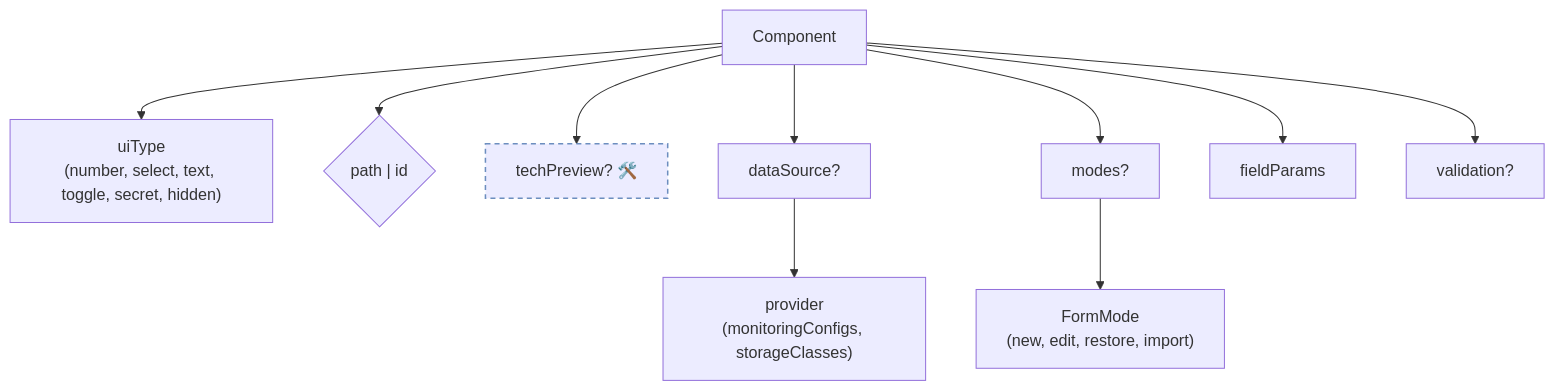
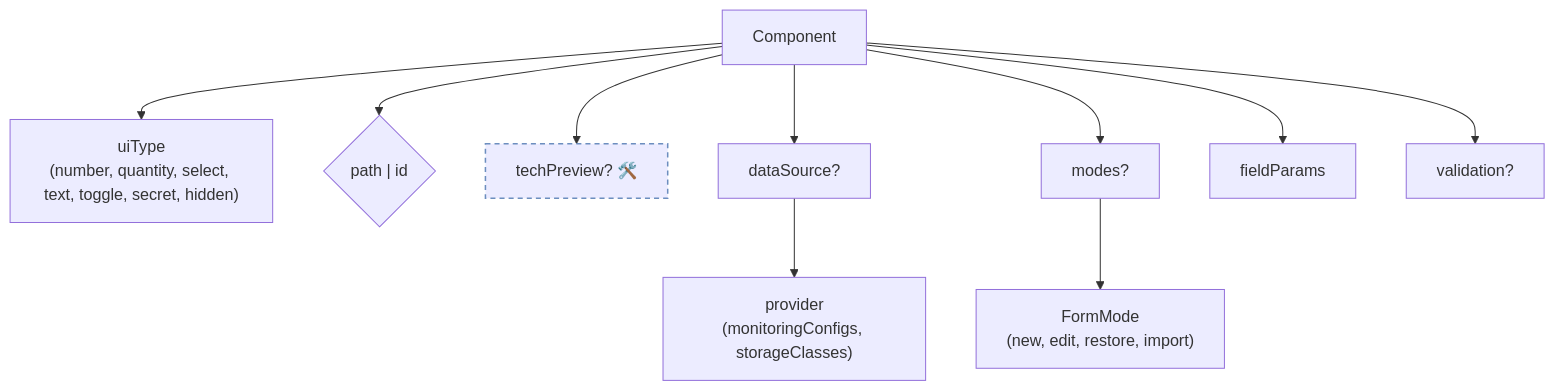
Before and after one commit to openeverest/openeverest: the third of 6 diagrams in docs/ui/architecture/ui-generator/schema-reference.md, drawn with Mermaid. The commit also changed other lines of this file and 4 other files, not shown here.

````diff
--- a/docs/ui/architecture/ui-generator/schema-reference.md
+++ b/docs/ui/architecture/ui-generator/schema-reference.md
@@ -50,15 +50,15 @@
 ```mermaid
 flowchart TD
-  CMP["Component"] --> UT["uiType<br/>(number, select, text, toggle, secret, hidden)"]
+  CMP["Component"] --> UT["uiType<br/>(number, quantity, select, text, toggle, secret, hidden)"]
   CMP --> PID{"path | id"}
   CMP --> TP2["techPreview? 🛠️"]
   CMP --> DS2["dataSource?"]
   DS2 --> PROVIDER["provider<br/>(monitoringConfigs, storageClasses)"]
   CMP --> MOD2["modes?"]
   MOD2 --> FORM_MODE["FormMode<br/>(new, edit, restore, import)"]
   CMP --> FP2["fieldParams"]
   CMP --> VAL2["validation?"]
 
   classDef planned stroke-dasharray:5 4,stroke:#6c8ebf,stroke-width:1.5px;
   class TP2 planned;
 ```
````
